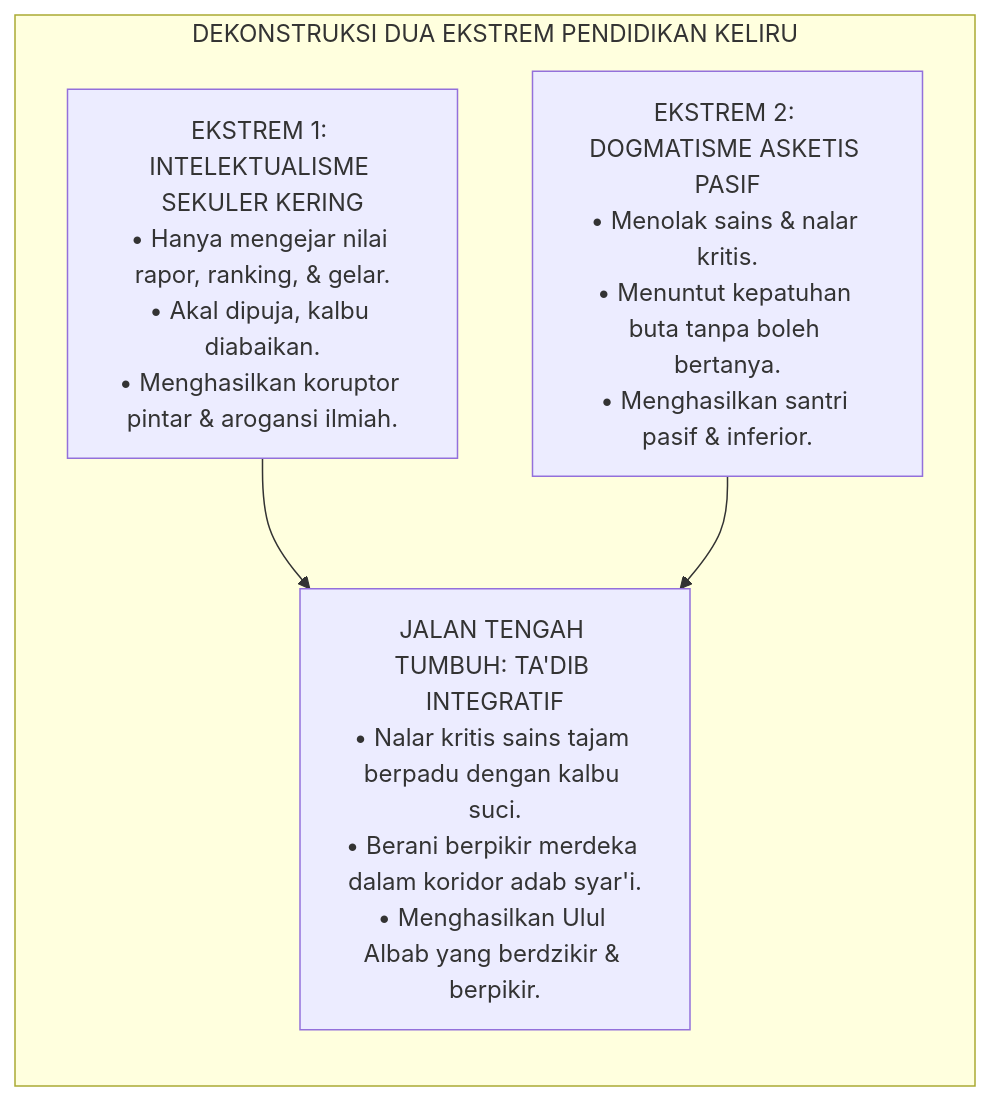
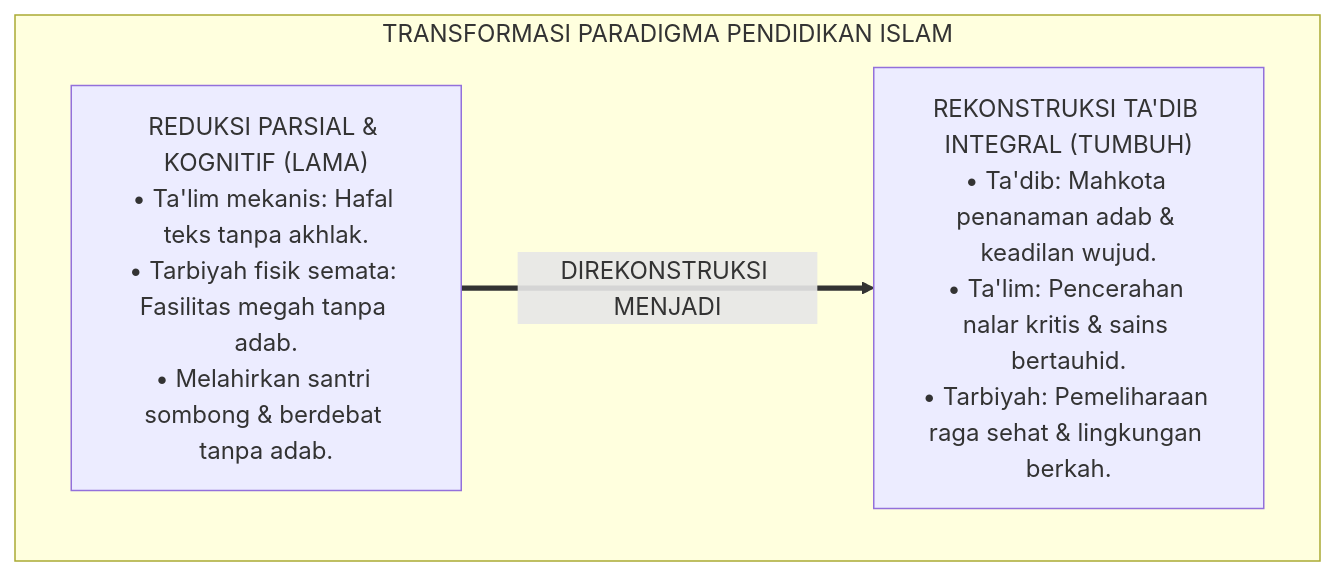
Before and after one commit to wandiapriliyandi/tumbuh: the first of 4 diagrams in 01 Philosophy/04 Education/P1-04-01-Falsafah-Tarbiyah-Tadib-Talim.md, drawn with Mermaid. The commit also changed other lines of this file and 7 other files, not shown here.

````diff
--- a/01 Philosophy/04 Education/P1-04-01-Falsafah-Tarbiyah-Tadib-Talim.md
+++ b/01 Philosophy/04 Education/P1-04-01-Falsafah-Tarbiyah-Tadib-Talim.md
@@ -195,13 +55,10 @@
 ```mermaid
-graph LR
-    subgraph DialektikaPendidikan["DEKONSTRUKSI DUA EKSTREM PENDIDIKAN KELIRU"]
-        Ekstrem1["EKSTREM 1: INTELEKTUALISME SEKULER KERING<br/>• Hanya mengejar nilai rapor, ranking, & gelar.<br/>• Akal dipuja, kalbu diabaikan.<br/>• Menghasilkan koruptor pintar & arogansi ilmiah."]
+flowchart TD
+    subgraph TransformasiFalsafahPendidikan["TRANSFORMASI PARADIGMA PENDIDIKAN ISLAM"]
+        PolaReduksiLama["REDUKSI PARSIAL & KOGNITIF (LAMA)<br/>• Ta'lim mekanis: Hafal teks tanpa akhlak.<br/>• Tarbiyah fisik semata: Fasilitas megah tanpa adab.<br/>• Melahirkan santri sombong & berdebat tanpa adab."]
         
-        Ekstrem2["EKSTREM 2: DOGMATISME ASKETIS PASIF<br/>• Menolak sains & nalar kritis.<br/>• Menuntut kepatuhan buta tanpa boleh bertanya.<br/>• Menghasilkan santri pasif & inferior."]
+        PolaTa'dibTUMBUH["REKONSTRUKSI TA'DIB INTEGRAL (TUMBUH)<br/>• Ta'dib: Mahkota penanaman adab & keadilan wujud.<br/>• Ta'lim: Pencerahan nalar kritis & sains bertauhid.<br/>• Tarbiyah: Pemeliharaan raga sehat & lingkungan berkah."]
         
-        Wasathiyyah["JALAN TENGAH TUMBUH: TA'DIB INTEGRATIF<br/>• Nalar kritis sains tajam berpadu dengan kalbu suci.<br/>• Berani berpikir merdeka dalam koridor adab syar'i.<br/>• Menghasilkan Ulul Albab yang berdzikir & berpikir."]
-        
-        Ekstrem1 --> Wasathiyyah
-        Ekstrem2 --> Wasathiyyah
+        PolaReduksiLama ==>|DIREKONSTRUKSI MENJADI| PolaTa'dibTUMBUH
     end
 ```
````
